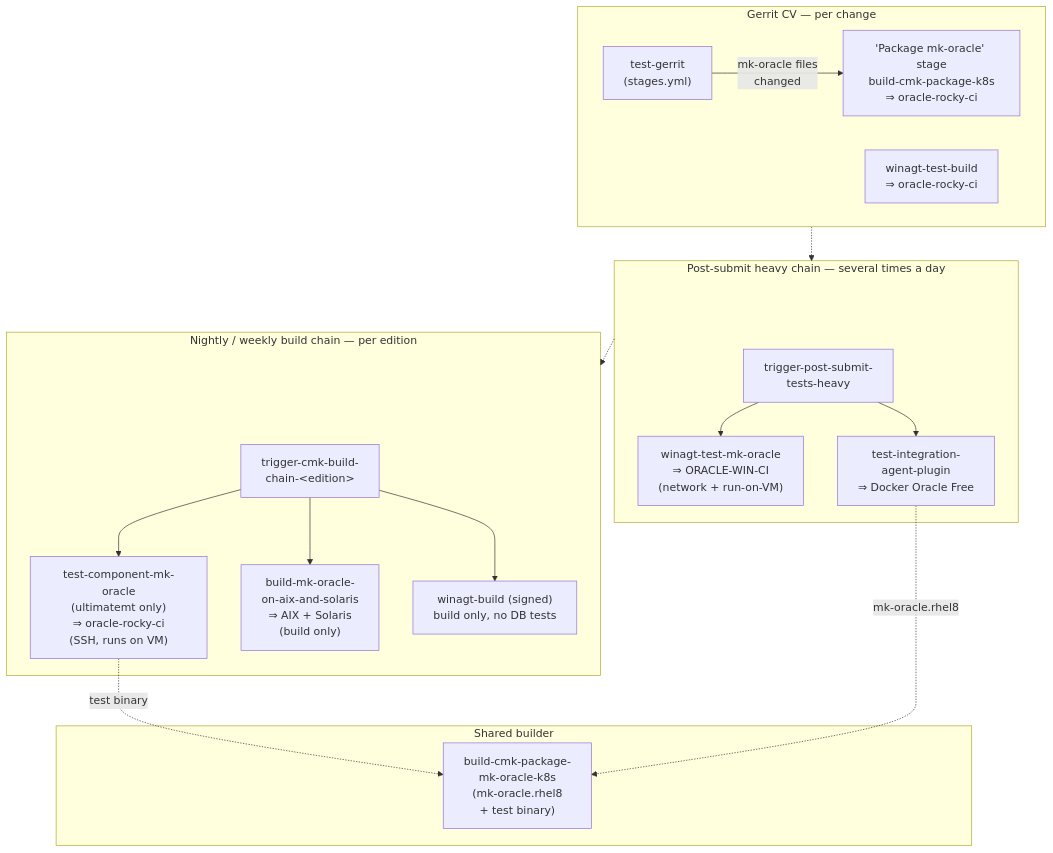
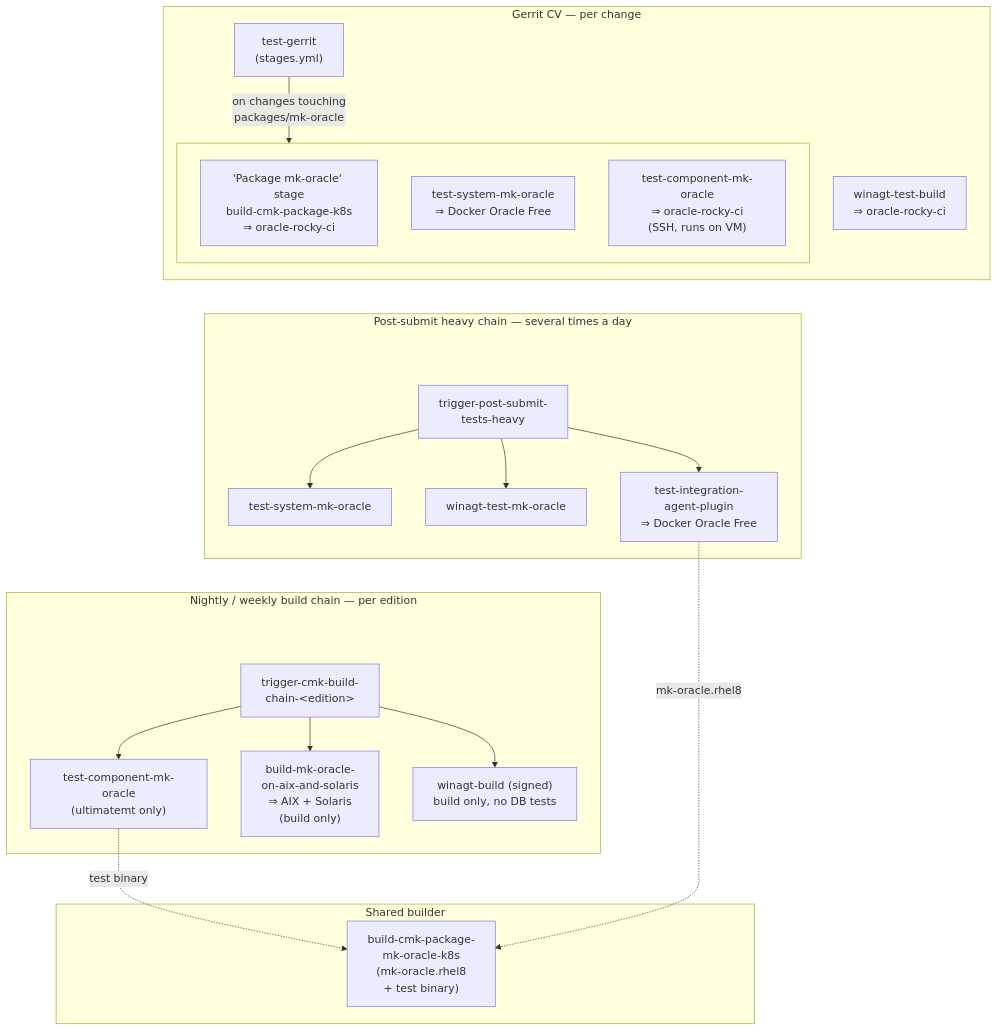
One commit to Checkmk/checkmk changed the diagram in packages/mk-oracle/tests/docs/ci-jobs.md. Above: the diagram before and after it, drawn with Mermaid. The commit also changed other lines of this file and 2 other files, not shown here.

Commit message:
mk-oracle: run the optional Oracle test jobs in the Gerrit CV
CMK-38578

test-system-mk-oracle, winagt-test-mk-oracle and
test-component-mk-oracle so far ran only post-submit (heavy chain /
nightly build chain) or had to be started manually via "start: <job>"
comments. All three are cheap (~2-10 min per run), so run them per
change touching packages/mk-oracle.

Three new conditional CV stages trigger the existing job definitions,
guarded by CHANGED_MK_ORACLE_FILES only — analogous to the existing
"Build mk-oracle on AIX and Solaris" stage. Both parameterised jobs
get EDITION/VERSION (and DISTRO for the system tests) pinned
explicitly instead of relying on defaults from the job-definition
repo; the plugin is edition-independent, ultimatemt matches the
nightly chain's choice. The system-test stage publishes its junit
report into the CV result table.

Backport to 2.5.0: the "Windows on-VM component tests for mk-oracle"
stage is omitted here — on this branch winagt-test-mk-oracle still
runs the network model that cv/winagt-test-build already covers per
change. It follows in a separate change once the run-on-VM model is
backported.

````diff
--- a/packages/mk-oracle/tests/docs/ci-jobs.md
+++ b/packages/mk-oracle/tests/docs/ci-jobs.md
@@ -20,45 +23,51 @@
 ```mermaid
 flowchart TD
     subgraph CV["Gerrit CV — per change"]
         TG["test-gerrit<br/>(stages.yml)"]
-        PKG["'Package mk-oracle' stage<br/>build-cmk-package-k8s<br/>⇒ oracle-rocky-ci"]
         WTB["winagt-test-build<br/>⇒ oracle-rocky-ci"]
-        TG -->|"mk-oracle files<br/>changed"| PKG
+        subgraph CVORA[" "]
+            PKG["'Package mk-oracle' stage<br/>build-cmk-package-k8s<br/>⇒ oracle-rocky-ci"]
+            CVTSM["test-system-mk-oracle<br/>⇒ Docker Oracle Free"]
+            CVTCM["test-component-mk-oracle<br/>⇒ oracle-rocky-ci<br/>(SSH, runs on VM)"]
+        end
+        TG -->|"on changes touching<br/>packages/mk-oracle"| CVORA
     end
-
 
     subgraph HEAVY["Post-submit heavy chain — several times a day"]
         HSPACE[" "]
         TH["trigger-post-submit-<br/>tests-heavy"]
-        WMO["winagt-test-mk-oracle<br/>⇒ ORACLE-WIN-CI<br/>(network + run-on-VM)"]
+        HSPACE ~~~ TH
+        HTSM["test-system-mk-oracle"]
+        HWMO["winagt-test-mk-oracle"]
         IAP["test-integration-<br/>agent-plugin<br/>⇒ Docker Oracle Free"]
-        HSPACE ~~~ TH
-        TH --> WMO
+        TH --> HTSM
+        TH --> HWMO
         TH --> IAP
     end
 
     subgraph NIGHTLY["Nightly / weekly build chain — per edition"]
         NSPACE[" "]
         BC["trigger-cmk-build-<br/>chain-&lt;edition&gt;"]
         NSPACE ~~~ BC
-        TCM["test-component-mk-oracle<br/>(ultimatemt only)<br/>⇒ oracle-rocky-ci<br/>(SSH, runs on VM)"]
+        NTCM["test-component-mk-oracle<br/>(ultimatemt only)"]
         AIXSOL["build-mk-oracle-<br/>on-aix-and-solaris<br/>⇒ AIX + Solaris<br/>(build only)"]
         WB["winagt-build (signed)<br/>build only, no DB tests"]
-        BC --> TCM
+        BC --> NTCM
         BC --> AIXSOL
         BC --> WB
     end
 
     subgraph SHARED["Shared builder"]
         K8S["build-cmk-package-<br/>mk-oracle-k8s<br/>(mk-oracle.rhel8<br/>+ test binary)"]
     end
 
-    CV -.-> HEAVY
-    HEAVY -.-> NIGHTLY
+    %% invisible links: keep the blocks in development-workflow order
+    CVTSM ~~~ HSPACE
+    HTSM ~~~ NSPACE
 
-    TCM -. "test binary" .-> K8S
+    NTCM -. "test binary" .-> K8S
     IAP -. "mk-oracle.rhel8" .-> K8S
 
     classDef spacer fill:none,stroke:none
     class HSPACE,NSPACE spacer
 ```
````
